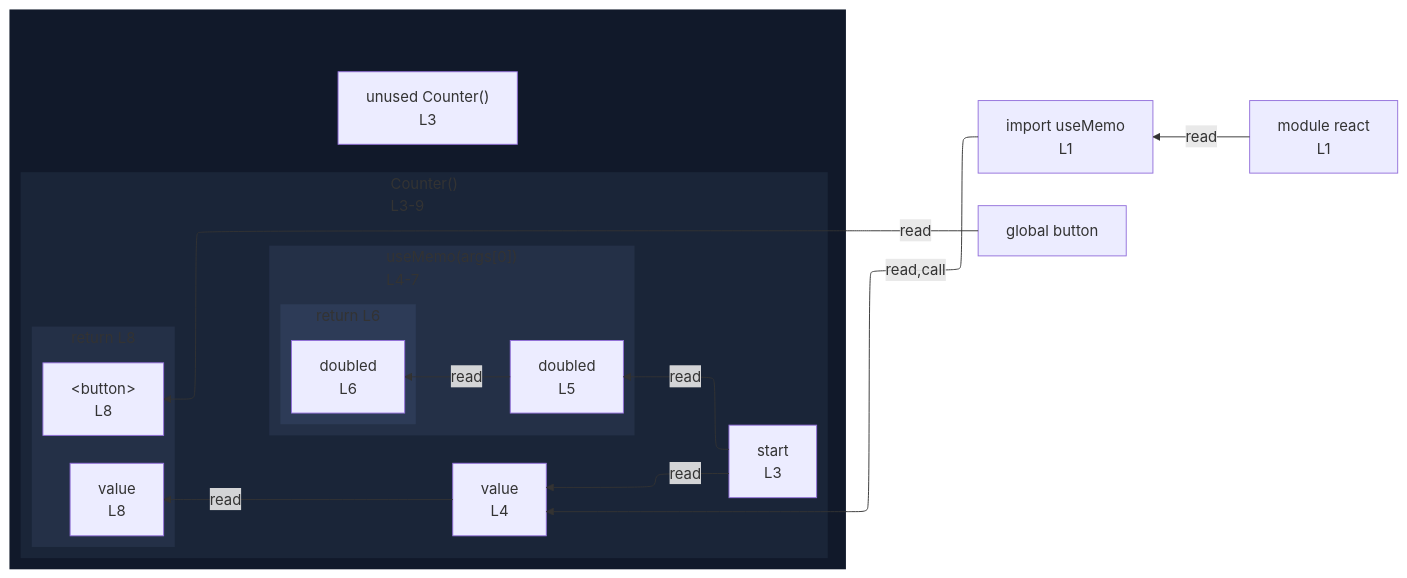
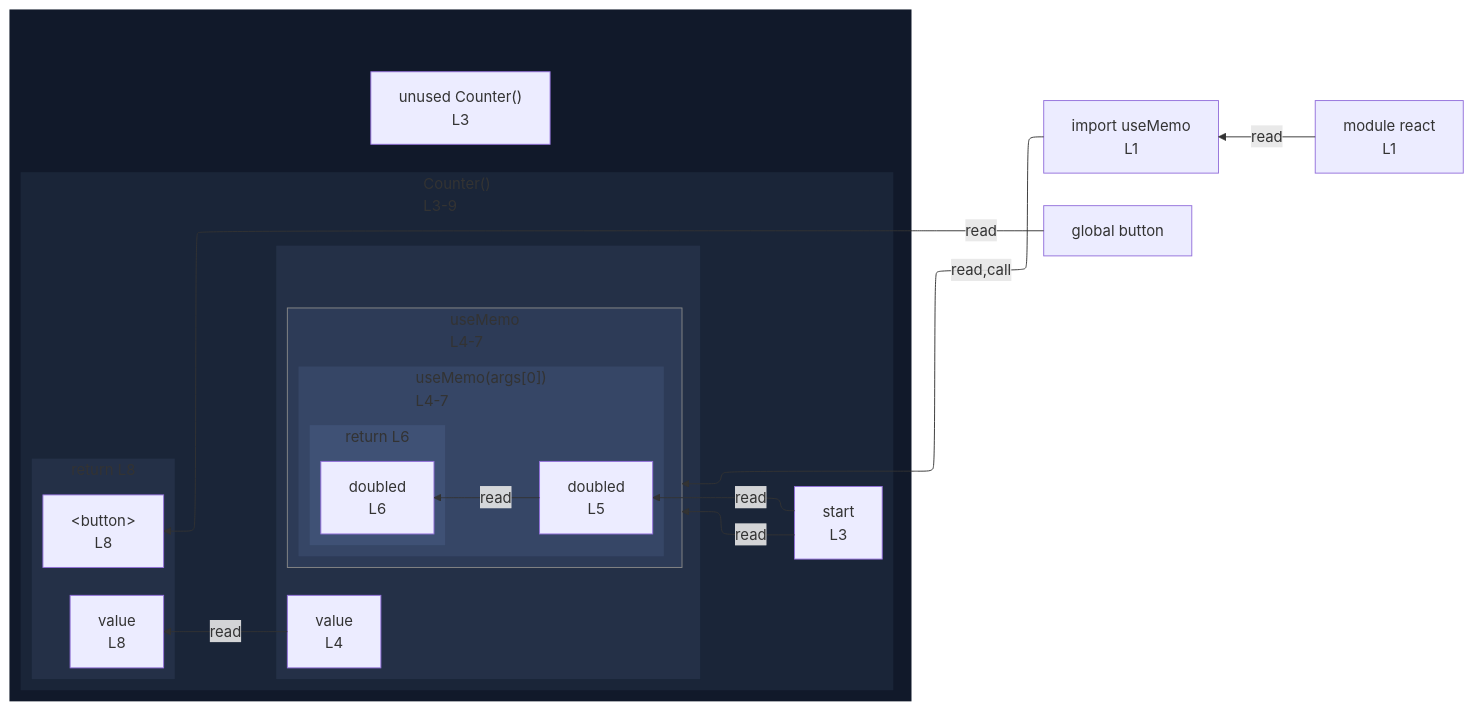
One commit to crescware/unsnarl changed the diagram in integration/fixtures/app-behavior/plugin/react/use-memo/preview.md. Above: the diagram before and after it, drawn with Mermaid. The commit also changed 41 other files, not shown here.

````diff
--- a/integration/fixtures/app-behavior/plugin/react/use-memo/preview.md
+++ b/integration/fixtures/app-behavior/plugin/react/use-memo/preview.md
@@ -19,45 +19,57 @@
 ```mermaid
 %%{init: {"flowchart": {"defaultRenderer": "elk"}}}%%
 flowchart RL
   n_scope_0_useMemo_9["import useMemo<br/>L1"]
   n_scope_0_button_194["global button"]
   subgraph wrap_s_scope_1[" "]
     direction TB
     n_scope_0_Counter_40["unused Counter()<br/>L3"]
     subgraph s_scope_1["Counter()<br/>L3-9"]
       direction RL
       n_scope_1_start_53["start<br/>L3"]
-      n_scope_1_value_94["value<br/>L4"]
-      subgraph s_scope_2["useMemo(args[0])<br/>L4-7"]
-        direction RL
-        n_scope_2_doubled_128["doubled<br/>L5"]
-        subgraph s_return_scope_0_Counter_40_153_168["return L6"]
+      subgraph wrap_call_proxy_ref_2[" "]
+        direction TB
+        n_scope_1_value_94["value<br/>L4"]
+        subgraph call_proxy_ref_2["useMemo<br/>L4-7"]
           direction RL
-          ret_use_ref_5["doubled<br/>L6"]
+          subgraph s_scope_2["useMemo(args[0])<br/>L4-7"]
+            direction RL
+            n_scope_2_doubled_128["doubled<br/>L5"]
+            subgraph s_return_scope_0_Counter_40_153_168["return L6"]
+              direction RL
+              ret_use_ref_5["doubled<br/>L6"]
+            end
+          end
         end
       end
       subgraph s_return_scope_0_Counter_40_186_218["return L8"]
         direction RL
         ret_use_ref_7["&lt;button&gt;<br/>L8"]
         ret_use_ref_8["value<br/>L8"]
       end
     end
   end
-  n_scope_0_useMemo_9 -->|read,call| n_scope_1_value_94
+  n_scope_0_useMemo_9 -->|read,call| call_proxy_ref_2
   n_scope_1_start_53 -->|read| n_scope_2_doubled_128
   n_scope_2_doubled_128 -->|read| ret_use_ref_5
-  n_scope_1_start_53 -->|read| n_scope_1_value_94
+  n_scope_1_start_53 -->|read| call_proxy_ref_2
   n_scope_0_button_194 -->|read| ret_use_ref_7
   n_scope_1_value_94 -->|read| ret_use_ref_8
   mod_react["module react<br/>L1"]
   mod_react -->|read| n_scope_0_useMemo_9
   classDef nestL1 fill:#11192a,stroke:transparent;
   class wrap_s_scope_1 nestL1;
   classDef nestL2 fill:#1a2538,stroke:transparent;
   class s_scope_1 nestL2;
   classDef nestL3 fill:#243047,stroke:transparent;
-  class s_scope_2 nestL3;
+  class wrap_call_proxy_ref_2 nestL3;
   class s_return_scope_0_Counter_40_186_218 nestL3;
   classDef nestL4 fill:#2d3b57,stroke:transparent;
-  class s_return_scope_0_Counter_40_153_168 nestL4;
+  class call_proxy_ref_2 nestL4;
+  classDef nestL5 fill:#364666,stroke:transparent;
+  class s_scope_2 nestL5;
+  classDef nestL6 fill:#3f5175,stroke:transparent;
+  class s_return_scope_0_Counter_40_153_168 nestL6;
+  classDef edgeTargetSubgraph stroke:#888;
+  class call_proxy_ref_2 edgeTargetSubgraph;
 ```
````
